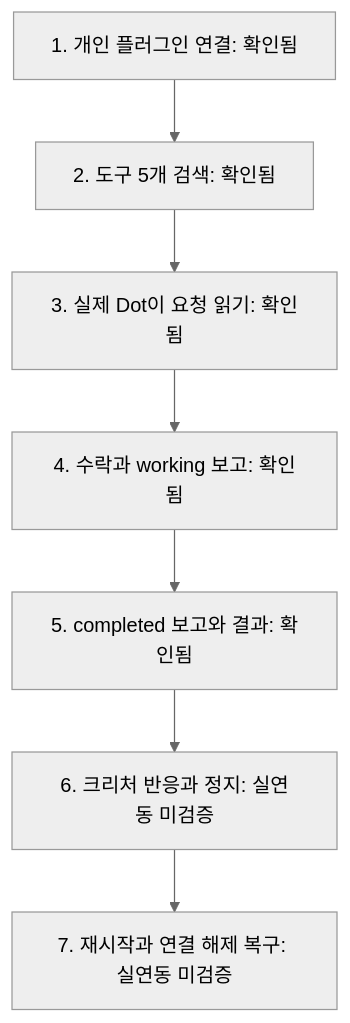
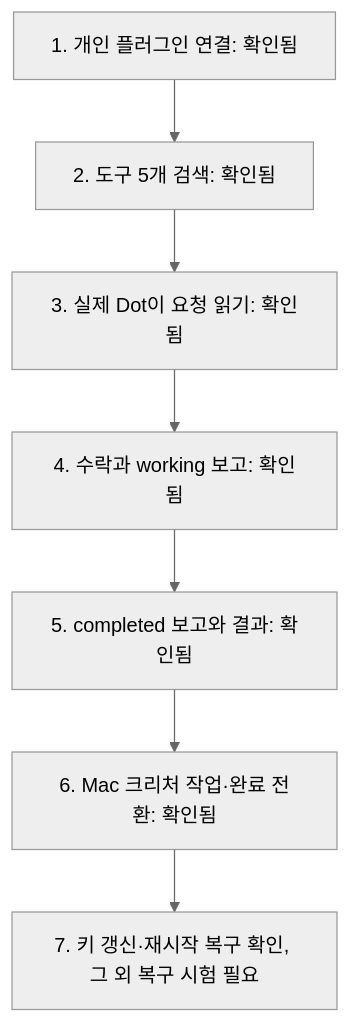
The second of 4 diagrams in docs/dot-connection-explained.ko.md (puritysb/AgentDeck), drawn with Mermaid (neutral theme) before and after one commit. The commit also changed other lines of this file and 1 other file, not shown here.

Commit message:
docs(dot): record recovered tunnel and live Mac creature validation

````diff
--- a/docs/dot-connection-explained.ko.md
+++ b/docs/dot-connection-explained.ko.md
@@ -66,9 +66,9 @@
 ```mermaid
 flowchart TD
     A[1. 개인 플러그인 연결: 확인됨] --> B[2. 도구 5개 검색: 확인됨]
     B --> C[3. 실제 Dot이 요청 읽기: 확인됨]
     C --> D[4. 수락과 working 보고: 확인됨]
     D --> E[5. completed 보고와 결과: 확인됨]
-    E --> F[6. 크리처 반응과 정지: 실연동 미검증]
-    F --> G[7. 재시작과 연결 해제 복구: 실연동 미검증]
+    E --> F[6. Mac 크리처 작업·완료 전환: 확인됨]
+    F --> G[7. 키 갱신·재시작 복구 확인, 그 외 복구 시험 필요]
 ```
````
